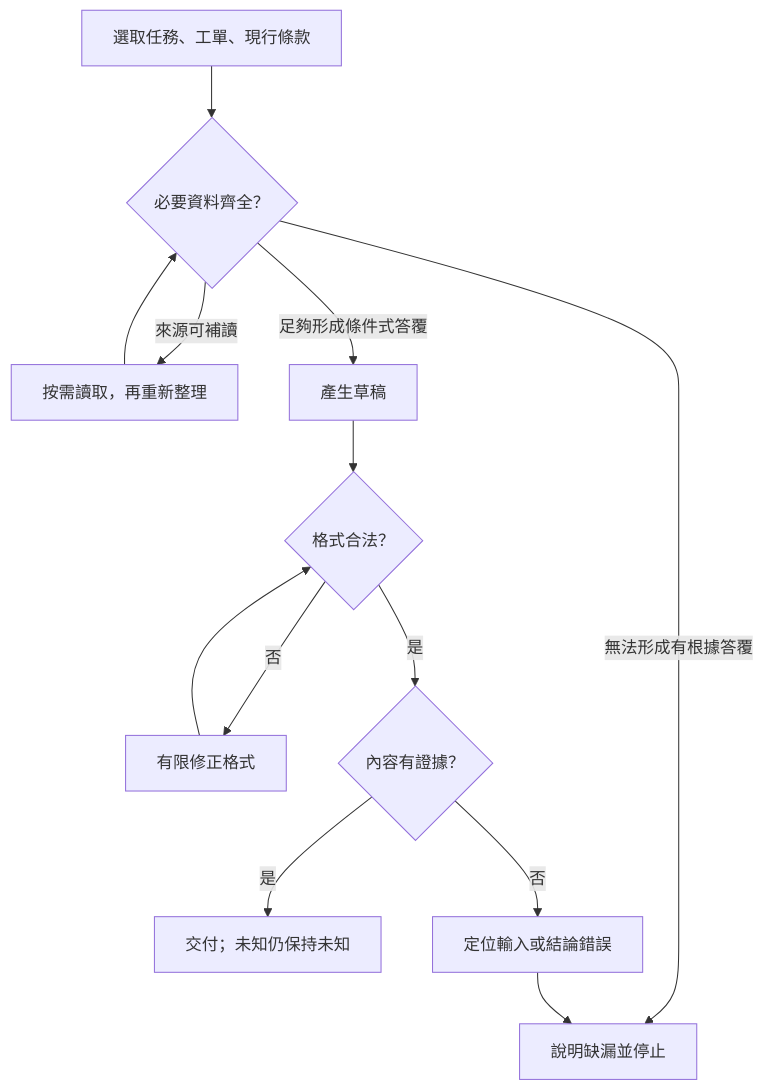
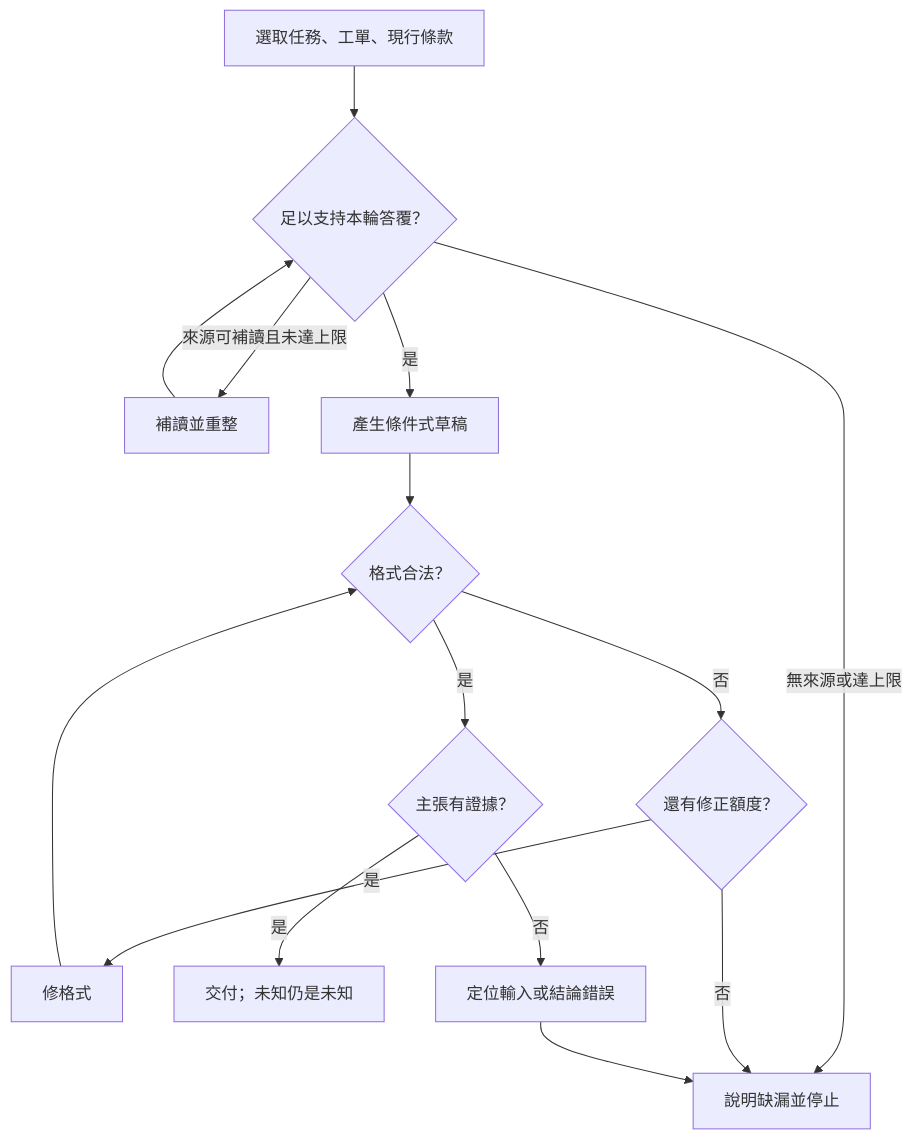
Before and after one commit to easyvibecoding/Agent-Engineering: the diagram in chapters/foundations/02-llm-and-context/lesson.md, drawn with Mermaid. The commit also changed other lines of this file and 134 other files, not shown here.

````diff
--- a/chapters/foundations/02-llm-and-context/lesson.md
+++ b/chapters/foundations/02-llm-and-context/lesson.md
@@ -124,15 +114,17 @@
 ```mermaid
 flowchart TD
-    A[選取任務、工單、現行條款] --> B{必要資料齊全？}
-    B -- 來源可補讀 --> C[按需讀取，再重新整理]
+    A[選取任務、工單、現行條款] --> B{足以支持本輪答覆？}
+    B -- 來源可補讀且未達上限 --> C[補讀並重整]
     C --> B
-    B -- 足夠形成條件式答覆 --> D[產生草稿]
-    B -- 無法形成有根據答覆 --> H[說明缺漏並停止]
+    B -- 是 --> D[產生條件式草稿]
+    B -- 無來源或達上限 --> H[說明缺漏並停止]
     D --> E{格式合法？}
-    E -- 否 --> F[有限修正格式]
-    F --> E
-    E -- 是 --> G{內容有證據？}
-    G -- 是 --> I[交付；未知仍保持未知]
+    E -- 否 --> F{還有修正額度？}
+    F -- 是 --> K[修格式]
+    K --> E
+    F -- 否 --> H
+    E -- 是 --> G{主張有證據？}
+    G -- 是 --> I[交付；未知仍是未知]
     G -- 否 --> J[定位輸入或結論錯誤]
     J --> H
 ```
````
